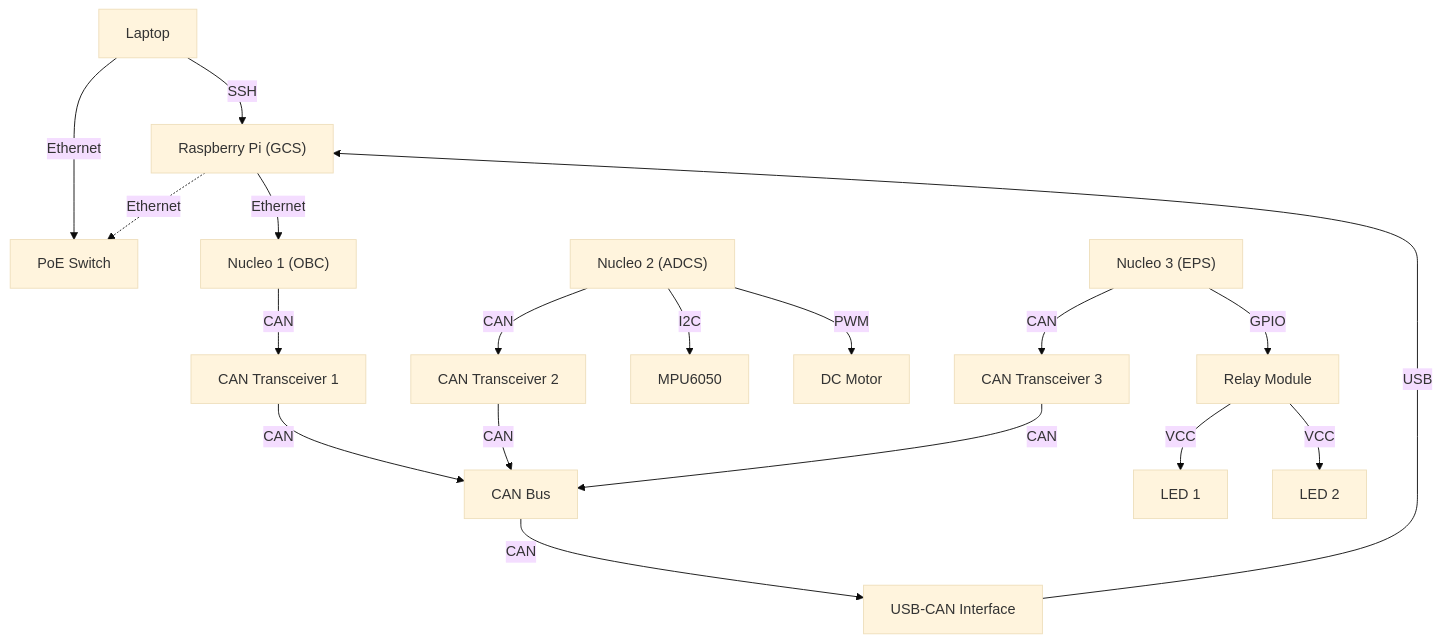
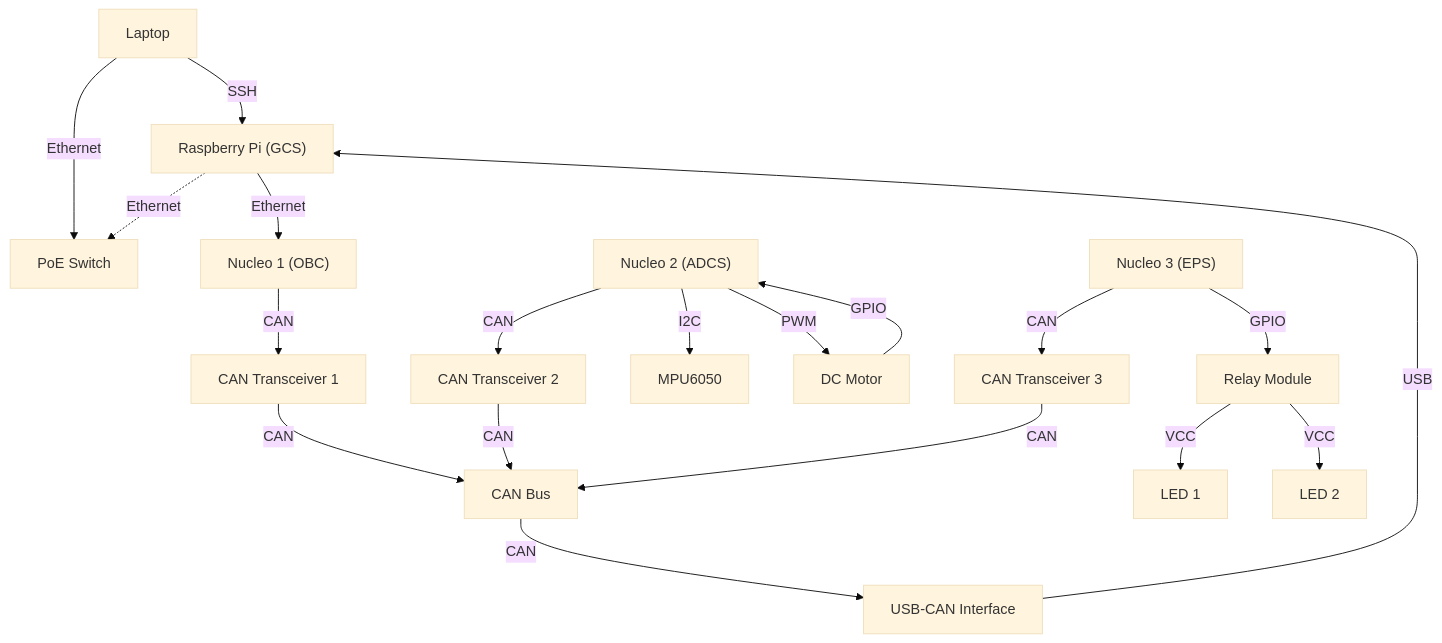
The diagram in README.md (anthonygardner/flatsat), drawn with Mermaid (base theme) before and after one commit.

Commit message:
fix: system architecture diagram

````diff
--- a/README.md
+++ b/README.md
@@ -15,26 +15,27 @@
 ```mermaid
 graph TD
     Laptop -->|Ethernet| PoE[PoE Switch]
     RPi["Raspberry Pi (GCS)"] -.-> |Ethernet| PoE
 
     Laptop -->|SSH| RPi
 
     RPi -->|Ethernet| OBC["Nucleo 1 (OBC)"]
     OBC -->|CAN| CT1[CAN Transceiver 1]
 
     ADCS["Nucleo 2 (ADCS)"] -->|CAN| CT2[CAN Transceiver 2]
     ADCS -->|I2C| MPU[MPU6050]
     ADCS -->|PWM| Motor[DC Motor]
+    Motor -->|GPIO| ADCS
 
     EPS -->|CAN| CT3[CAN Transceiver 3]
     EPS["Nucleo 3 (EPS)"] -->|GPIO| Relay[Relay Module]
     
     Relay -->|VCC| LED1[LED 1]
     Relay -->|VCC| LED2[LED 2]
 
     CT1 -->|CAN| Bus[CAN Bus]
     CT2 -->|CAN| Bus
     CT3 -->|CAN| Bus
 
     Bus -->|CAN| ExtCAN[USB-CAN Interface] -->|USB| RPi
 ```
````
